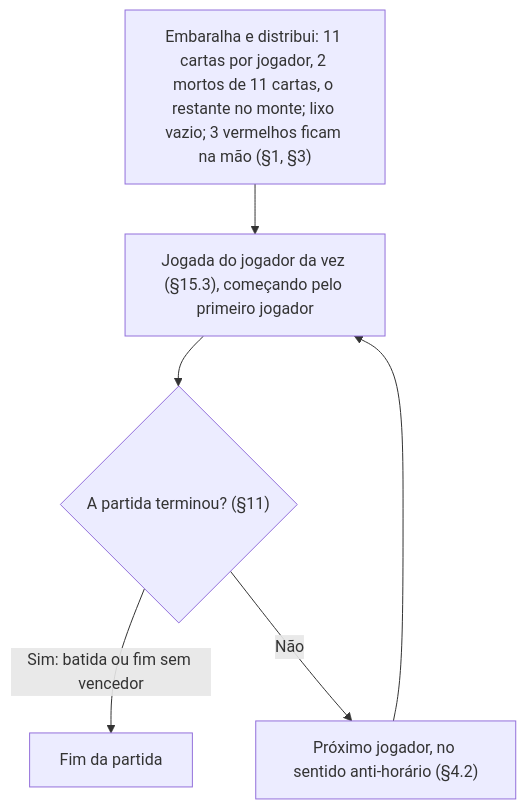
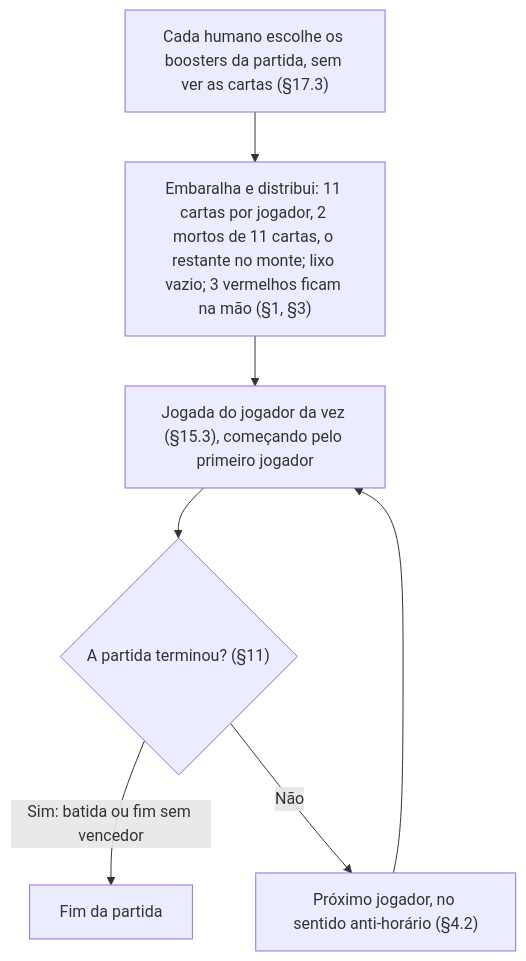
Before and after one commit to williandrade82/g-tranca: the second of 3 diagrams in definition.md, drawn with Mermaid. The commit also changed other lines of this file and 1 other file, not shown here.

Commit message:
Docs: boosters na especificacao (definition.md secao 17, herança no assento, seletor por partida) e nas telas (Inventario, Seletor, Presente do dia, reacoes)

````diff
--- a/definition.md
+++ b/definition.md
@@ -457,8 +457,9 @@
 ```mermaid
 flowchart TD
+    A0["Cada humano escolhe os boosters da partida, sem ver as cartas (§17.3)"] --> A
     A["Embaralha e distribui: 11 cartas por jogador, 2 mortos de 11 cartas, o restante no monte; lixo vazio; 3 vermelhos ficam na mão (§1, §3)"] --> C["Jogada do jogador da vez (§15.3), começando pelo primeiro jogador"]
     C --> D{"A partida terminou? (§11)"}
     D -->|"Sim: batida ou fim sem vencedor"| E["Fim da partida"]
     D -->|Não| F["Próximo jogador, no sentido anti-horário (§4.2)"]
     F --> C
 ```
````
